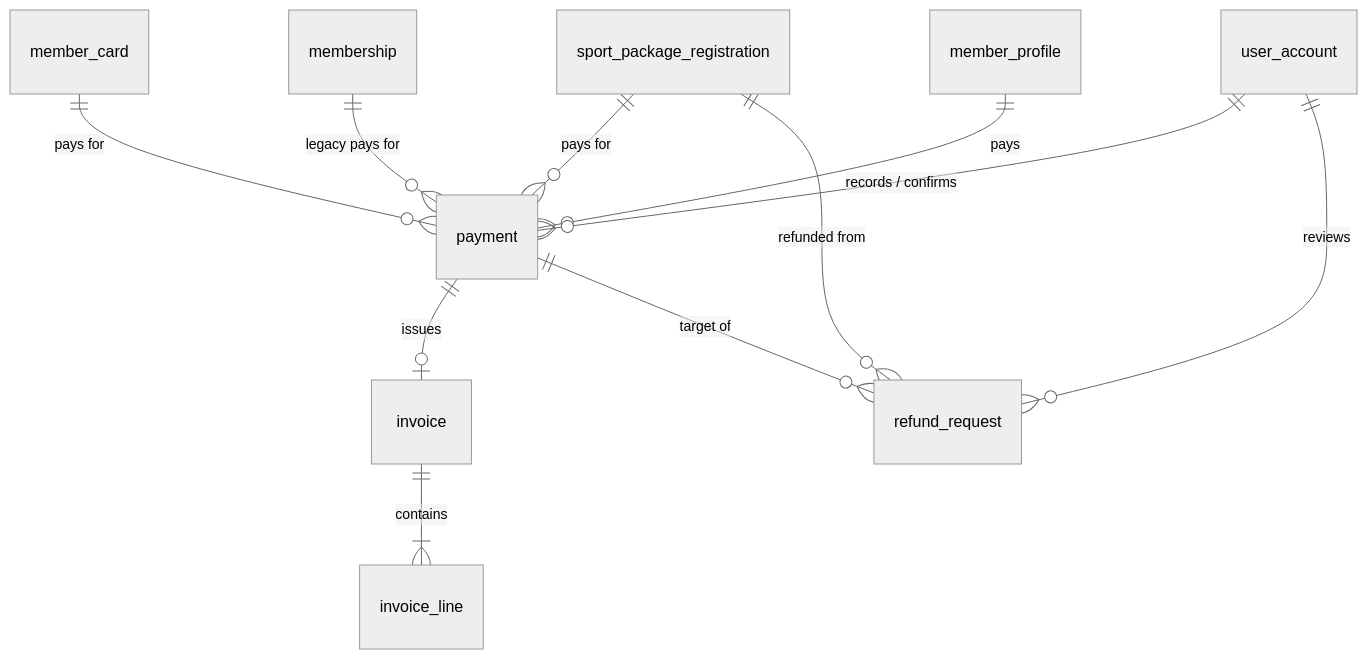
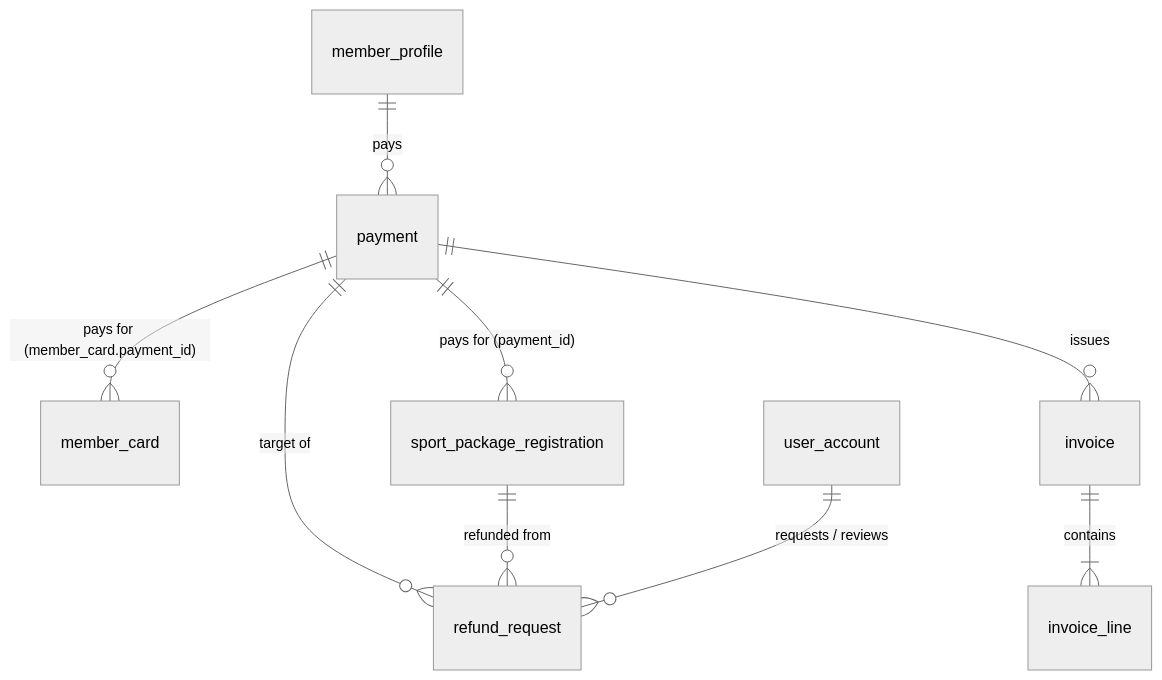
One commit to senko-do-thingz/G3-SportCentreManagement changed the diagram in docs/database/04-payments-invoices-reports.md. Above: the diagram before and after it, drawn with Mermaid (neutral theme). The commit also changed other lines of this file and 9 other files, not shown here.

````diff
--- a/docs/database/04-payments-invoices-reports.md
+++ b/docs/database/04-payments-invoices-reports.md
@@ -9,13 +9,11 @@
 ```mermaid
 erDiagram
-    sport_package_registration ||--o{ payment : "pays for"
-    member_card ||--o{ payment : "pays for"
-    membership ||--o{ payment : "legacy pays for"
     member_profile ||--o{ payment : "pays"
-    user_account ||--o{ payment : "records / confirms"
-    payment ||--o| invoice : "issues"
+    payment ||--o{ member_card : "pays for (member_card.payment_id)"
+    payment ||--o{ sport_package_registration : "pays for (payment_id)"
+    payment ||--o{ invoice : "issues"
     invoice ||--|{ invoice_line : "contains"
     payment ||--o{ refund_request : "target of"
     sport_package_registration ||--o{ refund_request : "refunded from"
-    user_account ||--o{ refund_request : "reviews"
+    user_account ||--o{ refund_request : "requests / reviews"
 ```
````
